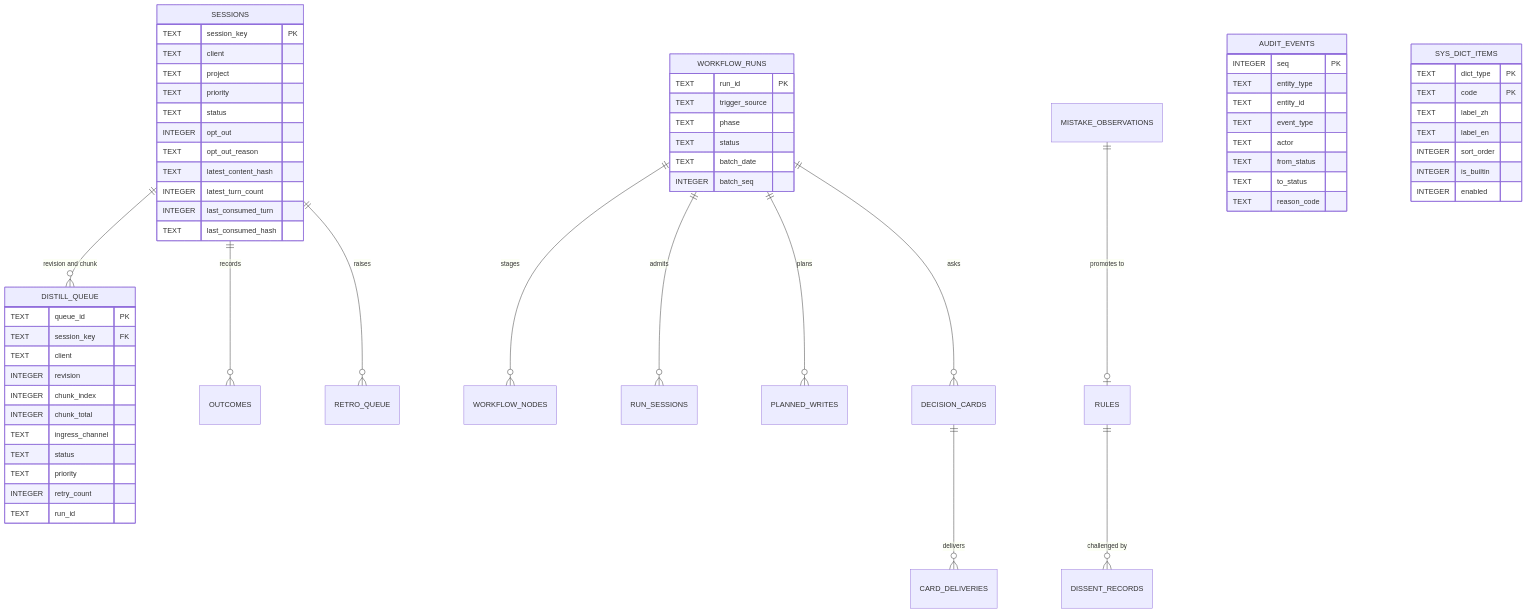
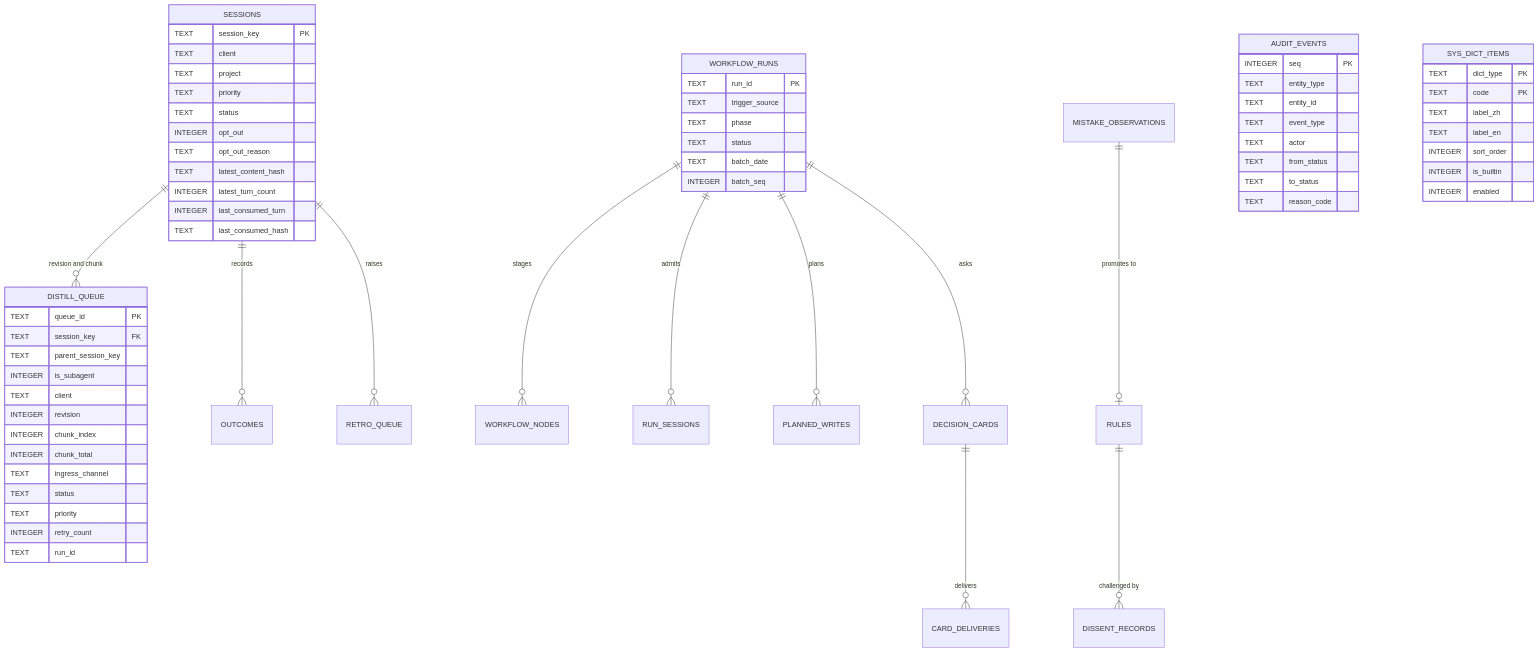
The diagram in docs/data-model.md (BonusWang/ai-flywheel), drawn with Mermaid before and after one commit. The commit also changed other lines of this file and 23 other files, not shown here.

````diff
--- a/docs/data-model.md
+++ b/docs/data-model.md
@@ -74,67 +74,69 @@
 ```mermaid
 erDiagram
     SESSIONS ||--o{ DISTILL_QUEUE : "revision and chunk"
     SESSIONS ||--o{ OUTCOMES : "records"
     SESSIONS ||--o{ RETRO_QUEUE : "raises"
     WORKFLOW_RUNS ||--o{ WORKFLOW_NODES : "stages"
     WORKFLOW_RUNS ||--o{ RUN_SESSIONS : "admits"
     WORKFLOW_RUNS ||--o{ PLANNED_WRITES : "plans"
     WORKFLOW_RUNS ||--o{ DECISION_CARDS : "asks"
     DECISION_CARDS ||--o{ CARD_DELIVERIES : "delivers"
     RULES ||--o{ DISSENT_RECORDS : "challenged by"
     MISTAKE_OBSERVATIONS ||--o| RULES : "promotes to"
 
     SESSIONS {
         TEXT session_key PK
         TEXT client
         TEXT project
         TEXT priority
         TEXT status
         INTEGER opt_out
         TEXT opt_out_reason
         TEXT latest_content_hash
         INTEGER latest_turn_count
         INTEGER last_consumed_turn
         TEXT last_consumed_hash
     }
     DISTILL_QUEUE {
         TEXT queue_id PK
         TEXT session_key FK
+        TEXT parent_session_key
+        INTEGER is_subagent
         TEXT client
         INTEGER revision
         INTEGER chunk_index
         INTEGER chunk_total
         TEXT ingress_channel
         TEXT status
         TEXT priority
         INTEGER retry_count
         TEXT run_id
     }
     WORKFLOW_RUNS {
         TEXT run_id PK
         TEXT trigger_source
         TEXT phase
         TEXT status
         TEXT batch_date
         INTEGER batch_seq
     }
     AUDIT_EVENTS {
         INTEGER seq PK
         TEXT entity_type
         TEXT entity_id
         TEXT event_type
         TEXT actor
         TEXT from_status
         TEXT to_status
         TEXT reason_code
     }
     SYS_DICT_ITEMS {
         TEXT dict_type PK
         TEXT code PK
         TEXT label_zh
         TEXT label_en
         INTEGER sort_order
         INTEGER is_builtin
         INTEGER enabled
     }
 ```
````
